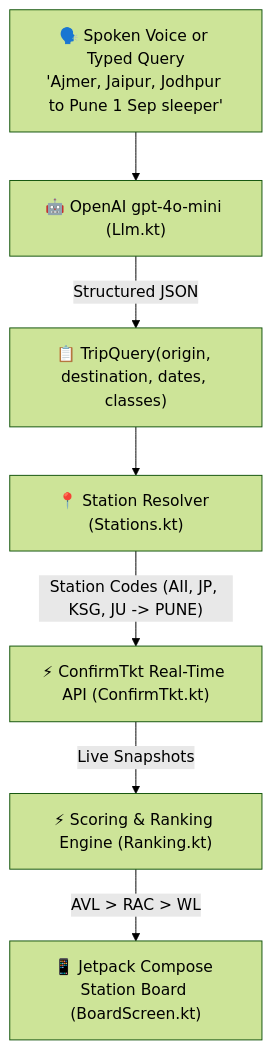
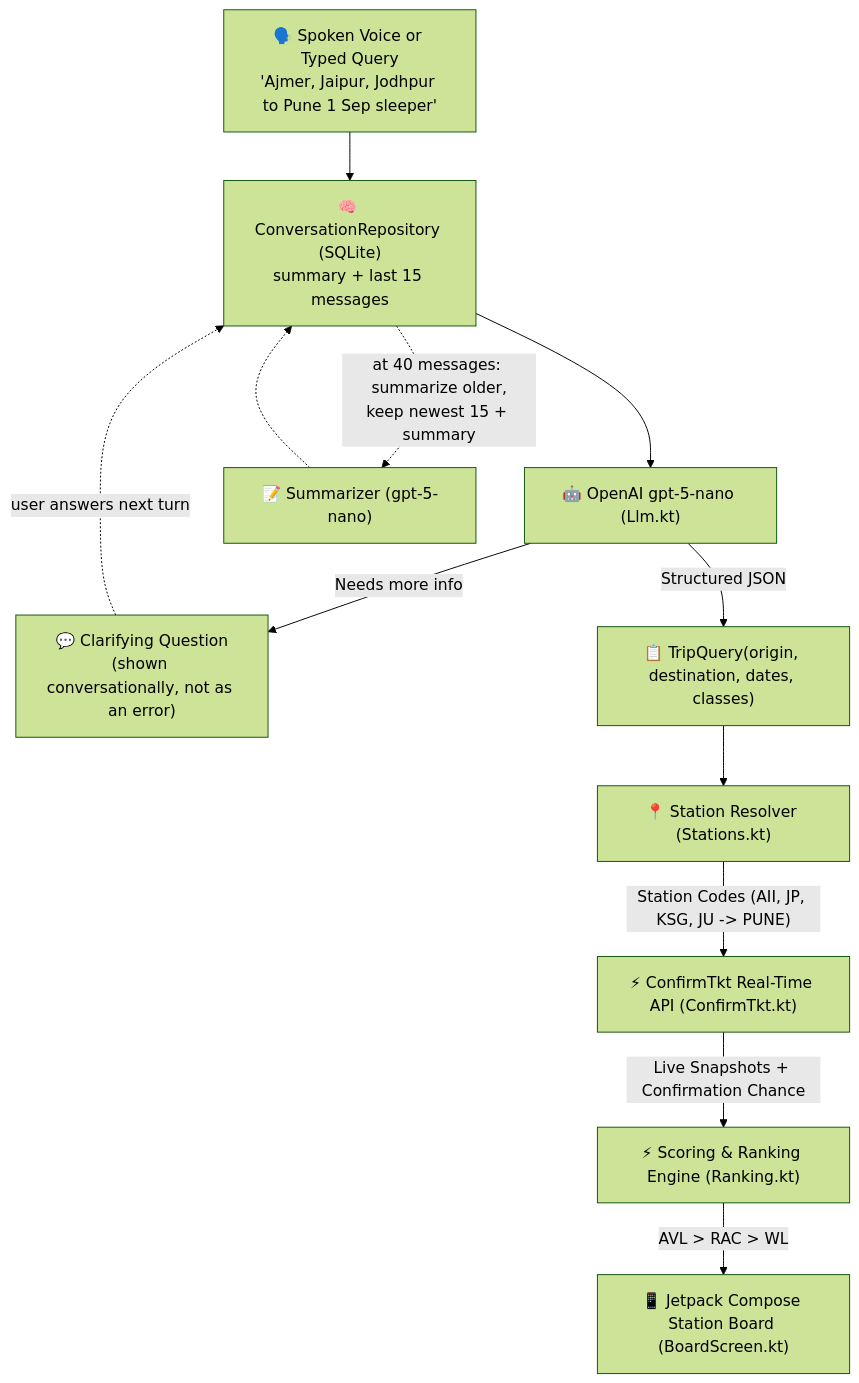
Before and after one commit to jamil225/ai-train-search: the diagram in README.md, drawn with Mermaid (forest theme). The commit also changed other lines of this file, not shown here.

Commit message:
docs: update README for gpt-5-nano, conversation memory, and history UI
- Swap gpt-4o-mini references for gpt-5-nano (badge, feature list,
  architecture diagram).
- Document persistent conversation memory: on-device SQLite storage,
  40->15 message compaction with a rolling summary, and 30-day idle
  expiry.
- Document conversational clarifying questions (replacing hard errors)
  and the floating history glance.
- Document the confirmation-chance percentage feature (merged
  separately) and on-device flat-file diagnostics.
- Note conversation history and logs stay local, never transmitted.

````diff
--- a/README.md
+++ b/README.md
@@ -52,12 +56,19 @@
 ```mermaid
 flowchart TD
-    User["🗣️ Spoken Voice or Typed Query<br/>'Ajmer, Jaipur, Jodhpur to Pune 1 Sep sleeper'"] --> Parser["🤖 OpenAI gpt-4o-mini (Llm.kt)"]
-    
+    User["🗣️ Spoken Voice or Typed Query<br/>'Ajmer, Jaipur, Jodhpur to Pune 1 Sep sleeper'"] --> Repo["🧠 ConversationRepository (SQLite)<br/>summary + last 15 messages"]
+    Repo --> Parser["🤖 OpenAI gpt-5-nano (Llm.kt)"]
+
+    Parser -->|"Needs more info"| Clarify["💬 Clarifying Question<br/>(shown conversationally, not as an error)"]
+    Clarify -.->|"user answers next turn"| Repo
+
     Parser -->|"Structured JSON"| Query["📋 TripQuery(origin, destination, dates, classes)"]
     Query --> Resolver["📍 Station Resolver (Stations.kt)"]
-    
+
     Resolver -->|"Station Codes (AII, JP, KSG, JU -> PUNE)"| ConfirmTkt["⚡ ConfirmTkt Real-Time API (ConfirmTkt.kt)"]
-    
-    ConfirmTkt -->|"Live Snapshots"| Ranker["⚡ Scoring & Ranking Engine (Ranking.kt)"]
+
+    ConfirmTkt -->|"Live Snapshots + Confirmation Chance"| Ranker["⚡ Scoring & Ranking Engine (Ranking.kt)"]
     Ranker -->|"AVL > RAC > WL"| UI["📱 Jetpack Compose Station Board (BoardScreen.kt)"]
+
+    Repo -.->|"at 40 messages: summarize older,<br/>keep newest 15 + summary"| Summarizer["📝 Summarizer (gpt-5-nano)"]
+    Summarizer -.-> Repo
 ```
````
